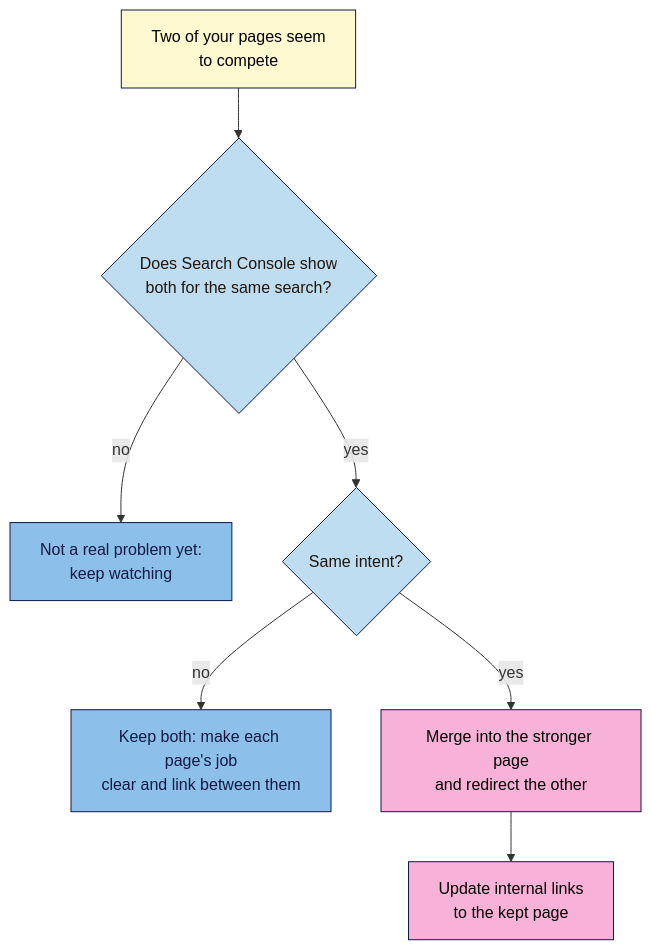
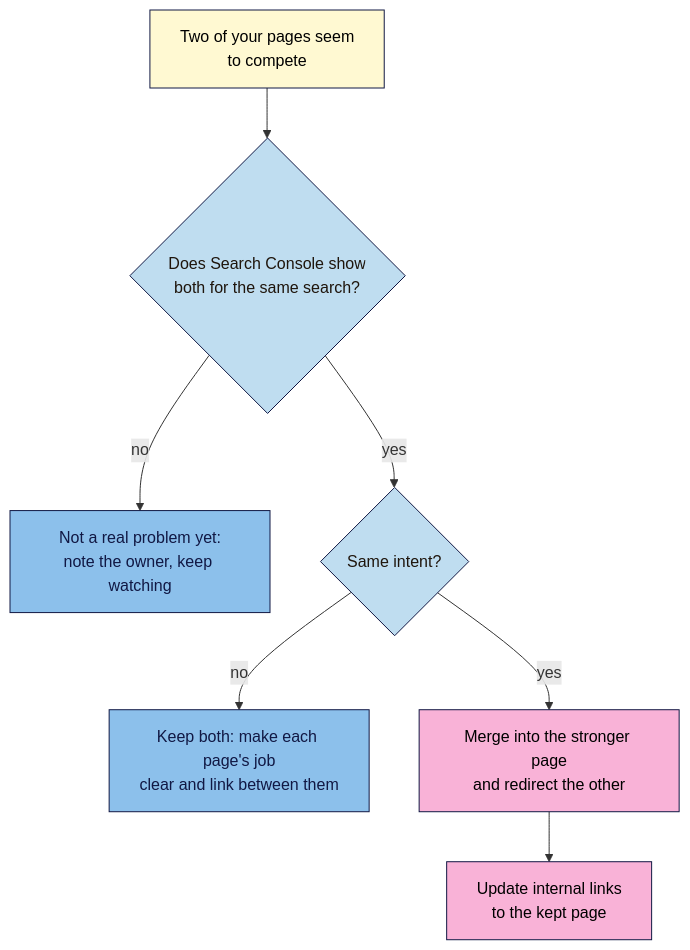
The second of 2 diagrams in seo-101/lessons/m03-l05-keyword-maps-cannibalisation.md (neps-in/courses-101), drawn with Mermaid before and after one commit. The commit also changed other lines of this file and 2 other files, not shown here.

````diff
--- a/seo-101/lessons/m03-l05-keyword-maps-cannibalisation.md
+++ b/seo-101/lessons/m03-l05-keyword-maps-cannibalisation.md
@@ -72,15 +72,15 @@
 ```mermaid
 flowchart TD
   %% alt: Fixing competing pages: if both aren't shown or intents differ, keep both; if the intent is the same, merge into the stronger page and redirect.
   A[Two of your pages seem<br/>to compete]:::cream --> B{Does Search Console show<br/>both for the same search?}:::sky
-  B -- no --> C[Not a real problem yet:<br/>keep watching]:::blue
+  B -- no --> C[Not a real problem yet:<br/>note the owner, keep watching]:::blue
   B -- yes --> D{Same intent?}:::sky
   D -- no --> E[Keep both: make each page's job<br/>clear and link between them]:::blue
   D -- yes --> F[Merge into the stronger page<br/>and redirect the other]:::pink
   F --> G[Update internal links<br/>to the kept page]:::pink
 
   classDef cream fill:#FFF9D2,color:#000000,stroke:#111844
   classDef sky   fill:#BFDDF0,color:#1F150C,stroke:#111844
   classDef blue  fill:#8CC0EB,color:#111844,stroke:#111844
   classDef pink  fill:#F9B2D7,color:#000000,stroke:#111844
 ```
````
